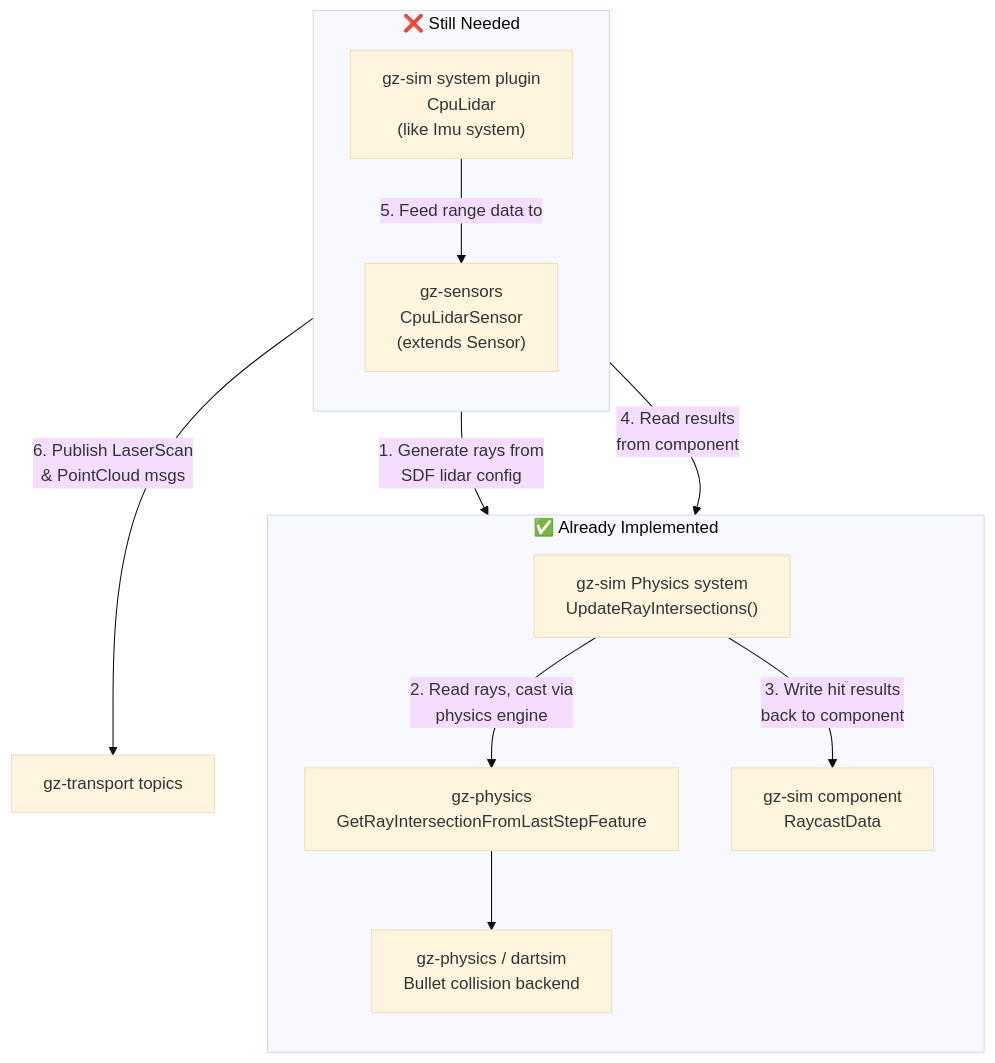
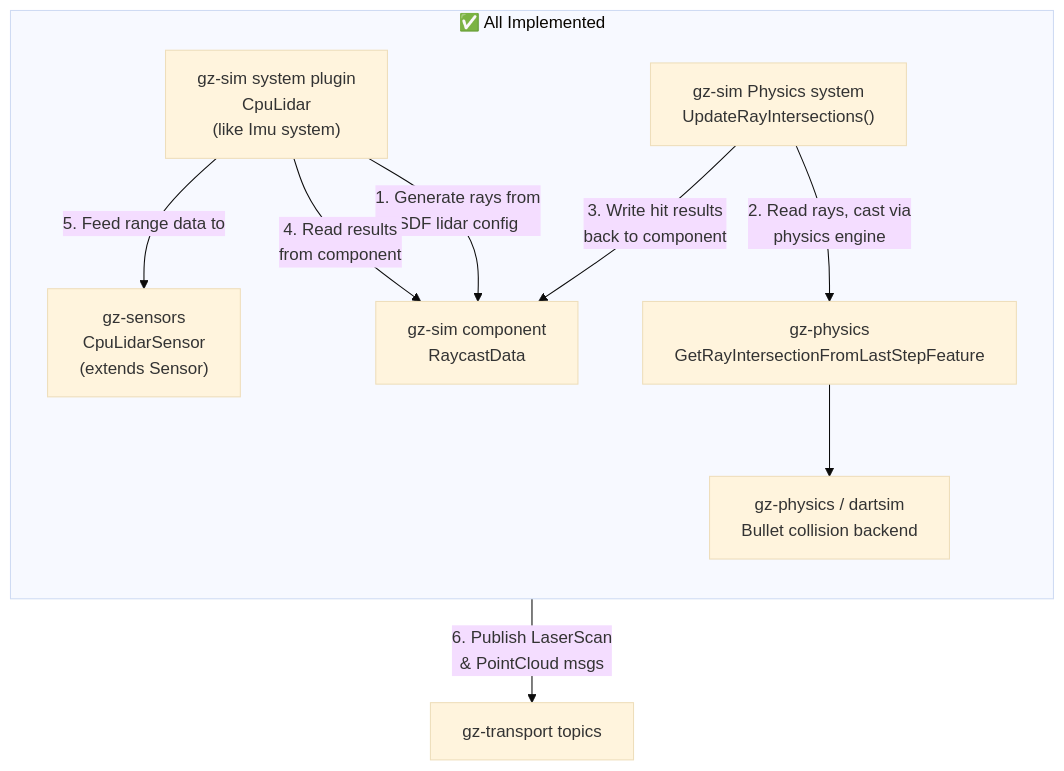
One commit to apojomovsky/gazebo-cpu-lidar changed the first of 4 diagrams in docs/cpu-lidar-analysis.md. Above: the diagram before and after it, drawn with Mermaid (base theme). The commit also changed other lines of this file and 3 other files, not shown here.

````diff
--- a/docs/cpu-lidar-analysis.md
+++ b/docs/cpu-lidar-analysis.md
@@ -22,24 +22,20 @@
 ```mermaid
 flowchart TB
-    subgraph DONE["✅ Already Implemented"]
+    subgraph DONE["✅ All Implemented"]
         direction TB
         RI["gz-physics<br/>GetRayIntersectionFromLastStepFeature"]
         DART["gz-physics / dartsim<br/>Bullet collision backend"]
         RCD["gz-sim component<br/>RaycastData"]
         URI["gz-sim Physics system<br/>UpdateRayIntersections()"]
-    end
-
-    subgraph TODO["❌ Still Needed"]
-        direction TB
         CPUS["gz-sensors<br/>CpuLidarSensor<br/>(extends Sensor)"]
         SYS["gz-sim system plugin<br/>CpuLidar<br/>(like Imu system)"]
     end
 
     SYS -->|"1. Generate rays from<br/>SDF lidar config"| RCD
     URI -->|"2. Read rays, cast via<br/>physics engine"| RI
     RI --> DART
     URI -->|"3. Write hit results<br/>back to component"| RCD
     SYS -->|"4. Read results<br/>from component"| RCD
     SYS -->|"5. Feed range data to"| CPUS
     CPUS -->|"6. Publish LaserScan<br/>& PointCloud msgs"| PUB["gz-transport topics"]
 ```
````
